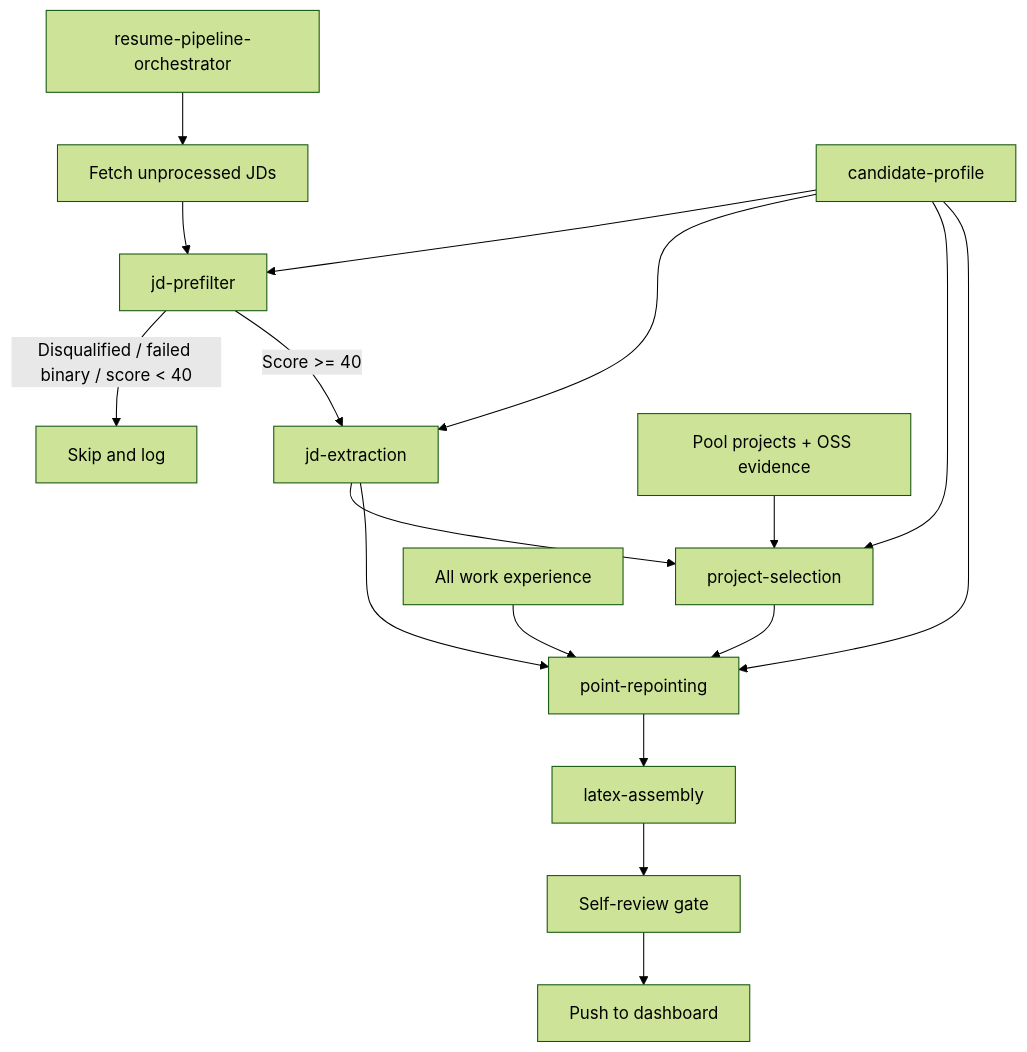
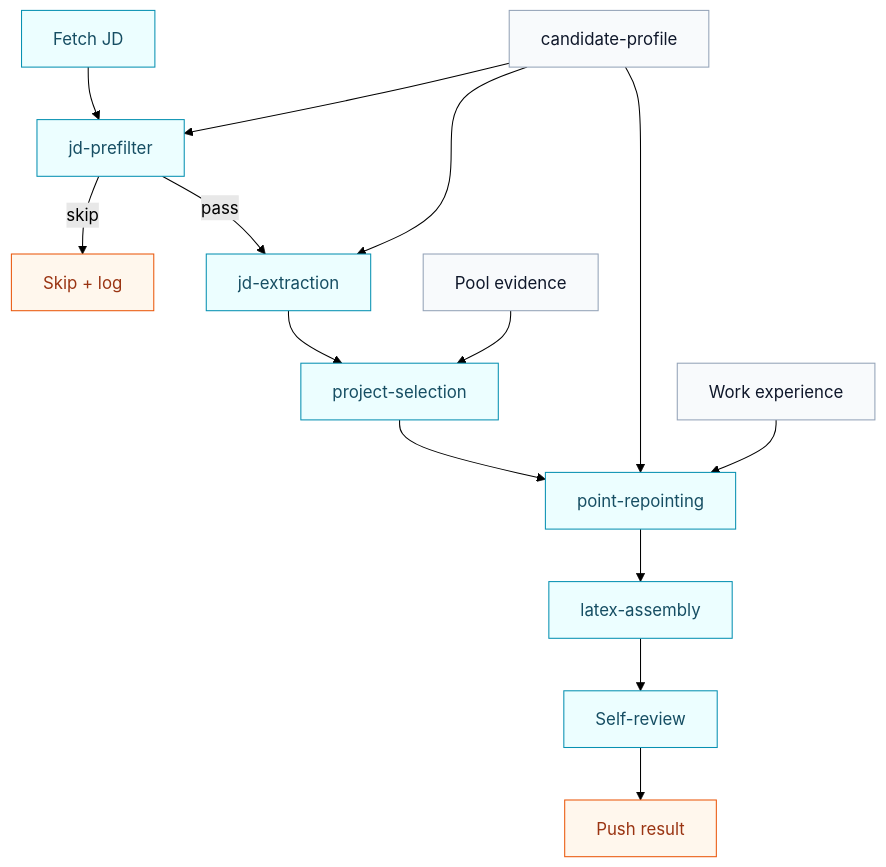
Before and after one commit to Aryan1718/hermes-autonomous-resume: the diagram in docs-site/docs/pipeline/overview.md, drawn with Mermaid (forest theme). The commit also changed other lines of this file and 21 other files, not shown here.

````diff
--- a/docs-site/docs/pipeline/overview.md
+++ b/docs-site/docs/pipeline/overview.md
@@ -18,19 +18,21 @@
 ```mermaid
 flowchart TD
-  O[resume-pipeline-orchestrator] --> A[Fetch unprocessed JDs]
-  P[candidate-profile] --> B[jd-prefilter]
-  A --> B
-  B -->|Disqualified / failed binary / score < 40| C[Skip and log]
-  B -->|Score >= 40| D[jd-extraction]
-  P --> D
-  E[Pool projects + OSS evidence] --> F[project-selection]
-  D --> F
-  P --> F
-  P --> G[point-repointing]
-  D --> G
-  F --> G
-  H[All work experience] --> G
-  G --> I[latex-assembly]
-  I --> J[Self-review gate]
-  J --> K[Push to dashboard]
+  classDef input fill:#f8fafc,stroke:#94a3b8,color:#0f172a,stroke-width:1px;
+  classDef stage fill:#ecfeff,stroke:#0891b2,color:#164e63,stroke-width:1px;
+  classDef output fill:#fff7ed,stroke:#ea580c,color:#9a3412,stroke-width:1px;
+
+  A[Fetch JD]:::stage --> B[jd-prefilter]:::stage
+  B -->|skip| C[Skip + log]:::output
+  B -->|pass| D[jd-extraction]:::stage
+  D --> E[project-selection]:::stage
+  E --> F[point-repointing]:::stage
+  F --> G[latex-assembly]:::stage
+  G --> H[Self-review]:::stage
+  H --> I[Push result]:::output
+
+  J[candidate-profile]:::input --> B
+  J --> D
+  J --> F
+  K[Pool evidence]:::input --> E
+  L[Work experience]:::input --> F
 ```
````
